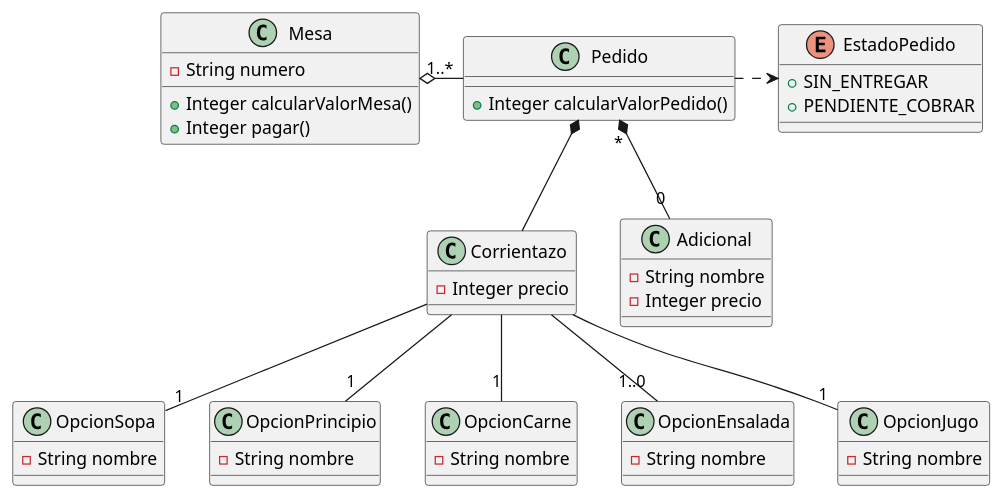
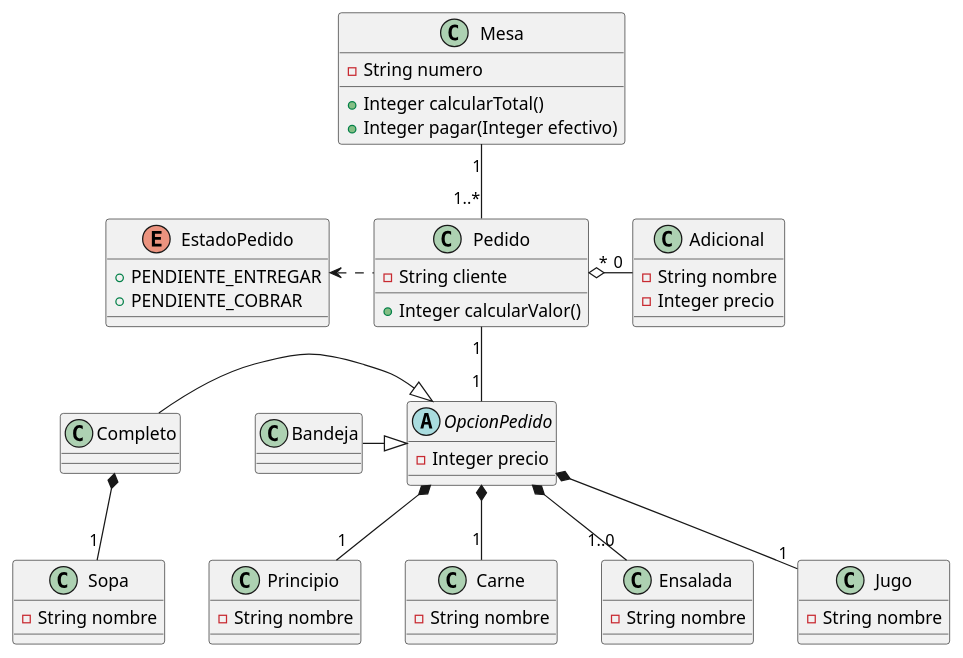
Before and after one commit to die60ka/Restaurante: the diagram in doc/diagrama_clases.puml, drawn with PlantUML.

Commit message:
Modifica diagrama de clases

```diff
--- a/doc/diagrama_clases.puml
+++ b/doc/diagrama_clases.puml
@@ -1,57 +1,70 @@
 @startuml
 
 class Mesa{
     - String numero
-    + Integer calcularValorMesa()
-    + Integer pagar()
+    + Integer calcularTotal()
+    + Integer pagar(Integer efectivo)
 }
 
 class Pedido{
-    + Integer calcularValorPedido()
+    - String cliente
+    + Integer calcularValor()
 }
 
 enum EstadoPedido{
-    + SIN_ENTREGAR
+    + PENDIENTE_ENTREGAR
     + PENDIENTE_COBRAR
 }
 
-class Corrientazo{
+abstract OpcionPedido {
     - Integer precio
 }
 
 class Adicional{
     - String nombre
     - Integer precio
 }
 
-class OpcionSopa{
+class Completo{
+
+}
+
+class Bandeja{
+
+}
+
+
+class Sopa{
     - String nombre
 }
 
-class OpcionPrincipio{
+class Principio{
     - String nombre
 }
 
-class OpcionCarne {
+class Carne {
     - String nombre
 }
 
-class OpcionEnsalada {
+class Ensalada {
     - String nombre
 }
 
-class OpcionJugo {
+class Jugo {
     - String nombre
 }
 
-Mesa o-right- "1..*" Pedido
-Pedido .right.> EstadoPedido
-Pedido *-- Corrientazo
-Pedido "*" *-- "0" Adicional
-Corrientazo -- "1" OpcionSopa
-Corrientazo -- "1" OpcionPrincipio
-Corrientazo -- "1" OpcionCarne
-Corrientazo -- "1..0" OpcionEnsalada
-Corrientazo -- "1" OpcionJugo
+Mesa "1" -- "1..*" Pedido
+Pedido .left.> EstadoPedido
+Pedido "1" -- "1" OpcionPedido
+Pedido "*" o-right- "0" Adicional
+Completo *-- "1" Sopa
+OpcionPedido <|-left- Bandeja
+OpcionPedido <|-left- Completo
+OpcionPedido *-- "1" Principio
+OpcionPedido *-- "1" Carne
+OpcionPedido *-- "1..0" Ensalada
+OpcionPedido *-- "1" Jugo
+
 
 @enduml
```
